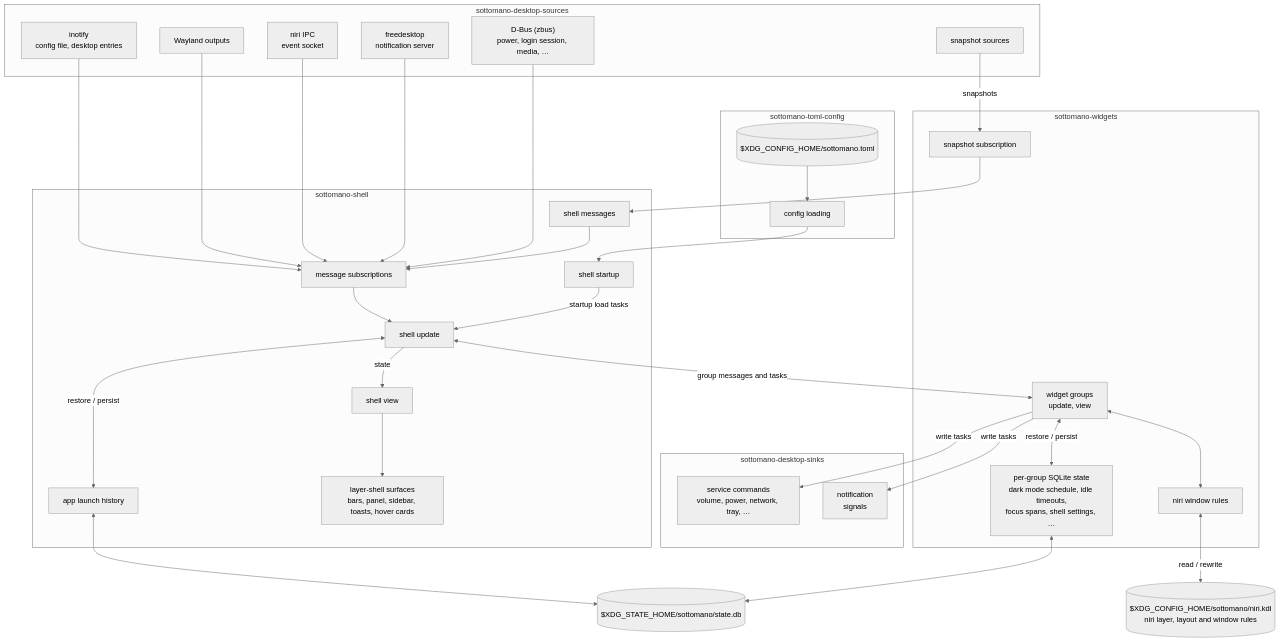
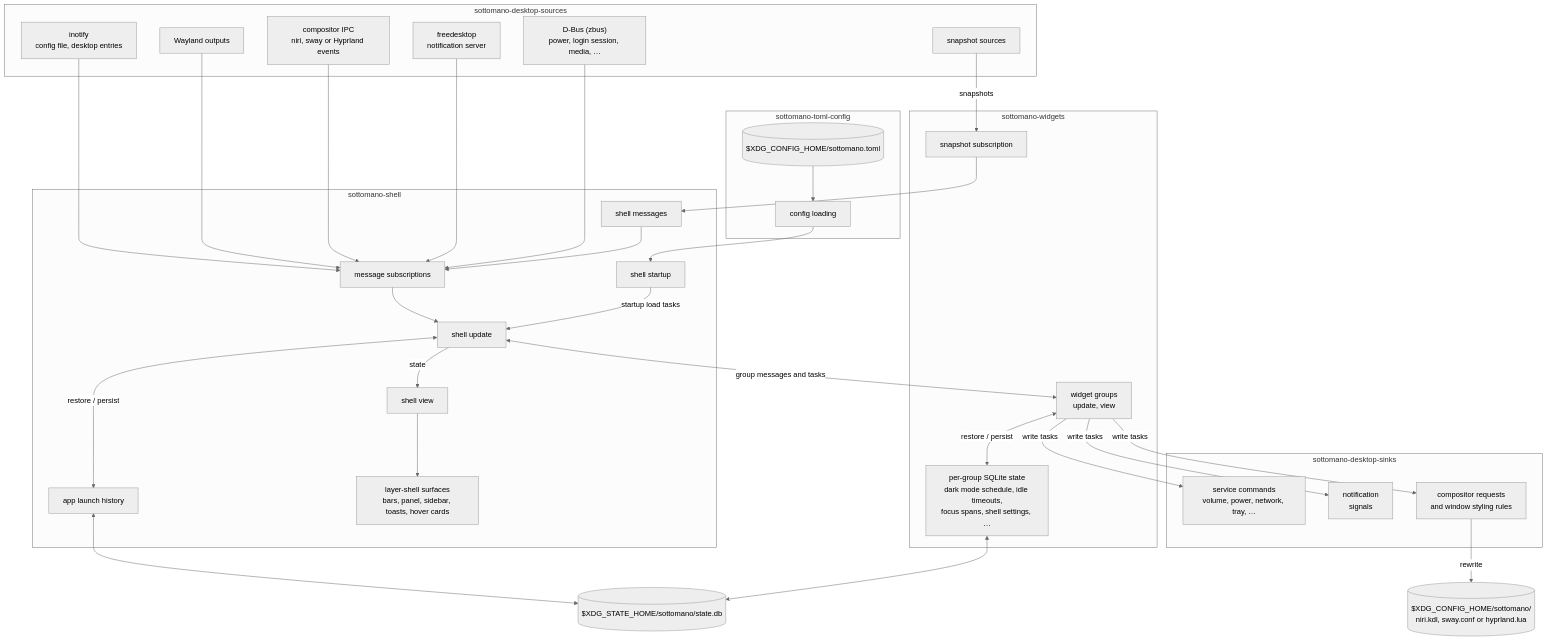
One commit to wvhulle/sottomano changed the first of 3 diagrams in docs/development.md. Above: the diagram before and after it, drawn with Mermaid (neutral theme). The commit also changed other lines of this file and 7 other files, not shown here.

````diff
--- a/docs/development.md
+++ b/docs/development.md
@@ -33,59 +35,58 @@
 ```mermaid
 flowchart TB
   subgraph sources_crate [sottomano-desktop-sources]
     desktop_bus["D-Bus (zbus)<br>power, login session, media, …"]
     notification_server["freedesktop<br>notification server"]
-    niri_event_socket["niri IPC<br>event socket"]
+    compositor_events["compositor IPC<br>niri, sway or Hyprland events"]
     wayland_outputs["Wayland outputs"]
     file_watches["inotify<br>config file, desktop entries"]
     snapshot_sources["snapshot sources"]
   end
 
   subgraph sinks_crate [sottomano-desktop-sinks]
     service_commands["service commands<br>volume, power, network, tray, …"]
     notification_signals["notification<br>signals"]
+    compositor_requests["compositor requests<br>and window styling rules"]
   end
 
   subgraph config_crate [sottomano-toml-config]
     config_file[("$XDG_CONFIG_HOME/sottomano.toml")]
     config_loading["config loading"]
     config_file --> config_loading
   end
 
   subgraph widgets_crate [sottomano-widgets]
     snapshot_subscription["snapshot subscription"]
     widget_groups["widget groups<br>update, view"]
     group_stores["per-group SQLite state<br>dark mode schedule, idle timeouts,<br>focus spans, shell settings, …"]
-    niri_kdl_rules["niri window rules"]
     widget_groups <-->|restore / persist| group_stores
-    widget_groups <--> niri_kdl_rules
   end
 
   subgraph shell_crate [sottomano-shell]
     shell_startup["shell startup"]
     shell_message["shell messages"]
     message_subscriptions["message subscriptions"]
     shell_update["shell update"]
     shell_view["shell view"]
     app_launch_store["app launch history"]
     layer_surfaces["layer-shell surfaces<br>bars, panel, sidebar, toasts, hover cards"]
     shell_startup -->|startup load tasks| shell_update
     shell_message --> message_subscriptions
     message_subscriptions --> shell_update
     shell_update -->|state| shell_view
     shell_view --> layer_surfaces
     shell_update <-->|restore / persist| app_launch_store
   end
 
   state_database[("$XDG_STATE_HOME/sottomano/state.db")]
-  niri_kdl_file[("$XDG_CONFIG_HOME/sottomano/niri.kdl<br>niri layer, layout and window rules")]
+  compositor_rules_file[("$XDG_CONFIG_HOME/sottomano/<br>niri.kdl, sway.conf or hyprland.lua")]
 
   config_loading --> shell_startup
-  desktop_bus & notification_server & niri_event_socket & wayland_outputs & file_watches --> message_subscriptions
+  desktop_bus & notification_server & compositor_events & wayland_outputs & file_watches --> message_subscriptions
   snapshot_sources -->|snapshots| snapshot_subscription
   snapshot_subscription --> shell_message
   shell_update <-->|group messages and tasks| widget_groups
-  widget_groups -->|write tasks| service_commands & notification_signals
+  widget_groups -->|write tasks| service_commands & notification_signals & compositor_requests
   group_stores & app_launch_store <--> state_database
-  niri_kdl_rules <-->|read / rewrite| niri_kdl_file
+  compositor_requests -->|rewrite| compositor_rules_file
 ```
````
